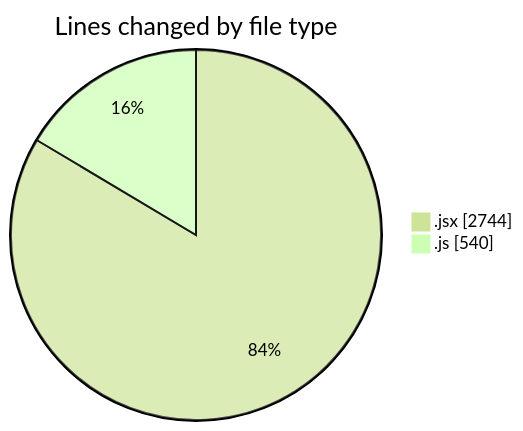
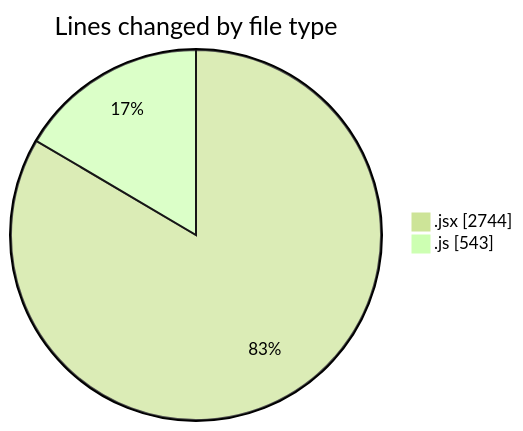
The first of 2 diagrams in 2025-12-30/nxtqube_webapp/README.md (nxtqubesakshisongat/code-tracking), drawn with Mermaid (forest theme) before and after one commit. The commit also changed other lines of this file and 1 other file, not shown here.

````diff
--- a/2025-12-30/nxtqube_webapp/README.md
+++ b/2025-12-30/nxtqube_webapp/README.md
@@ -25,6 +25,6 @@
 ```mermaid
 pie showData
 title Lines changed by file type
 ".jsx" : 2744
-".js" : 540
+".js" : 543
 ```
````
